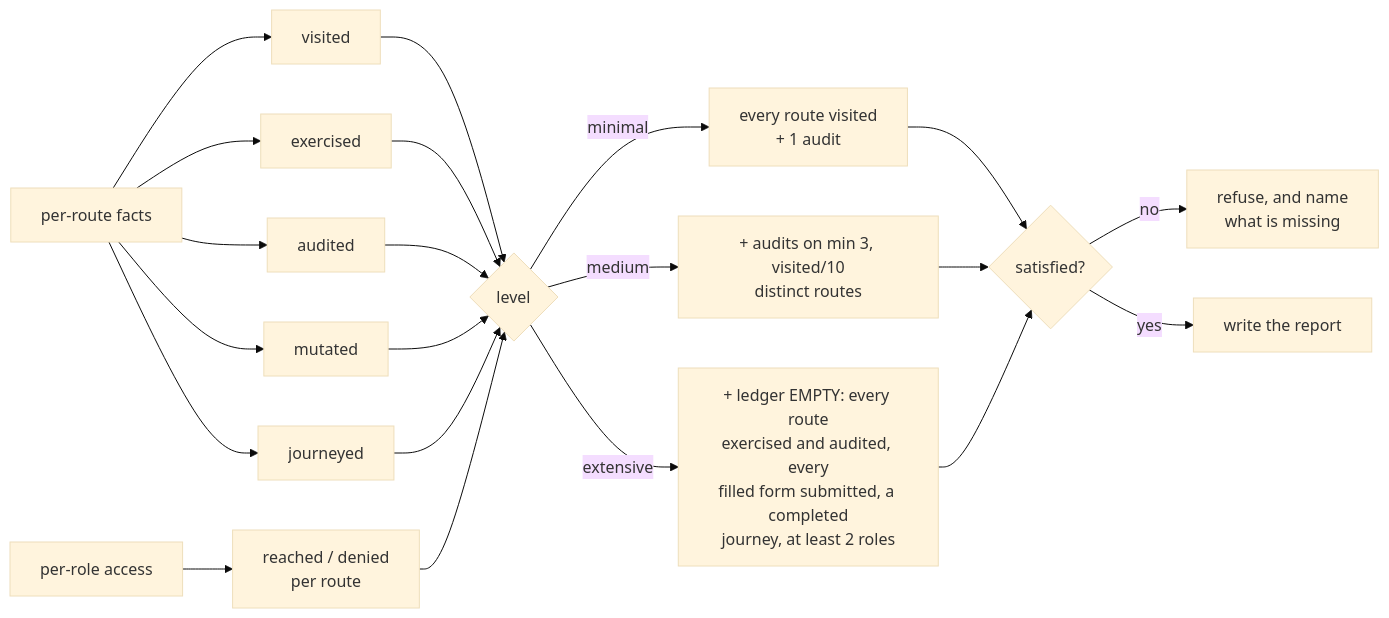
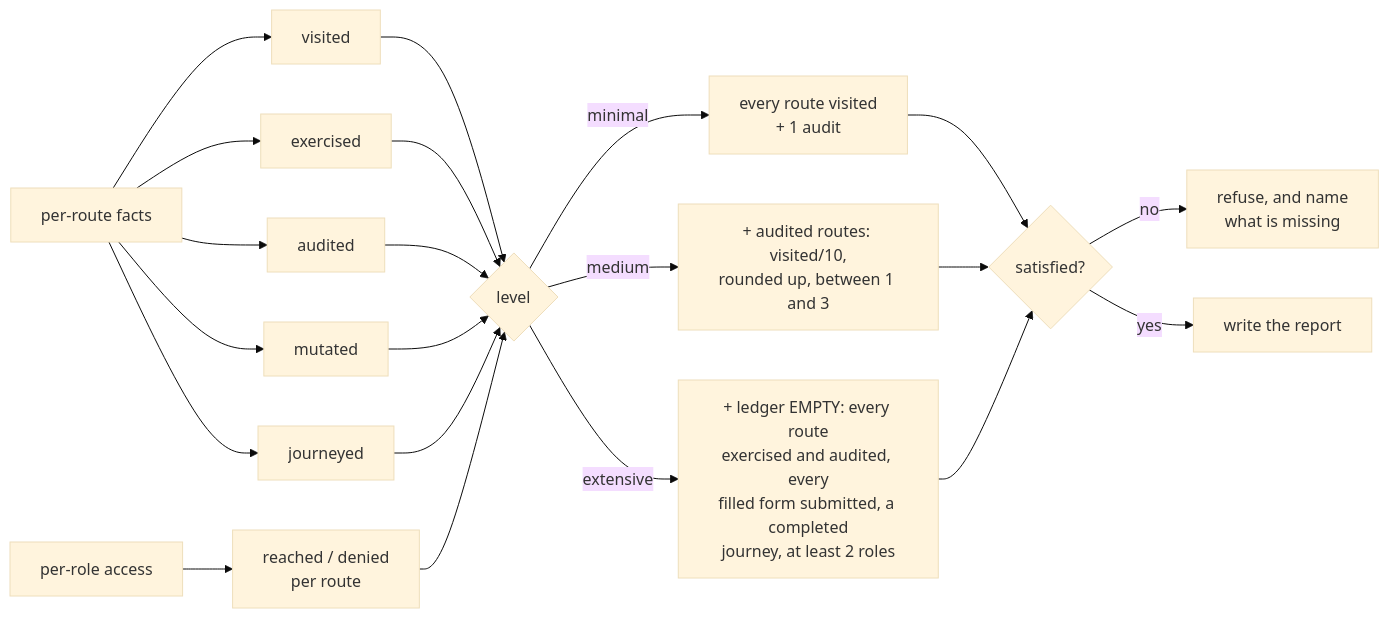
One commit to brunoboto96/SceneScout changed the ninth of 9 diagrams in docs/how-it-works.md. Above: the diagram before and after it, drawn with Mermaid (base theme). The commit also changed other lines of this file and 1 other file, not shown here.

First line of the commit message:
Drop an unsourced pace figure and tighten three descriptions

````diff
--- a/docs/how-it-works.md
+++ b/docs/how-it-works.md
@@ -369,16 +368,16 @@
 ```mermaid
 flowchart LR
     A[per-route facts] --> B[visited]
     A --> C[exercised]
     A --> D[audited]
     A --> E[mutated]
     A --> F[journeyed]
     G[per-role access] --> H[reached / denied<br/>per route]
     B & C & D & E & F & H --> I{level}
     I -->|minimal| J[every route visited<br/>+ 1 audit]
-    I -->|medium| K[+ audits on min 3, visited/10<br/>distinct routes]
+    I -->|medium| K[+ audited routes: visited/10,<br/>rounded up, between 1 and 3]
     I -->|extensive| L[+ ledger EMPTY: every route<br/>exercised and audited, every<br/>filled form submitted, a completed<br/>journey, at least 2 roles]
     J & K & L --> M{satisfied?}
     M -->|no| N[refuse, and name<br/>what is missing]
     M -->|yes| O[write the report]
 ```
````
